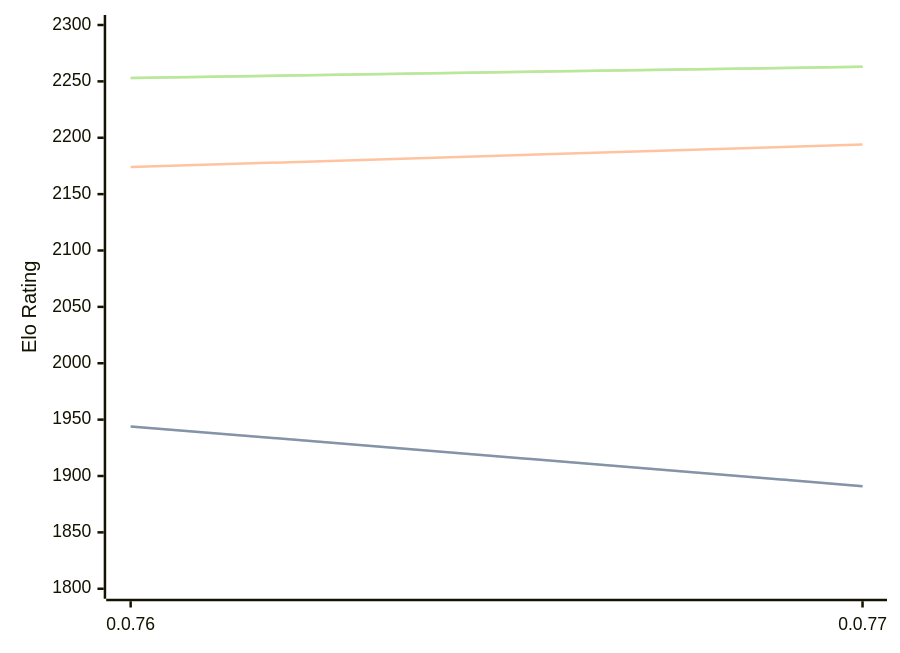
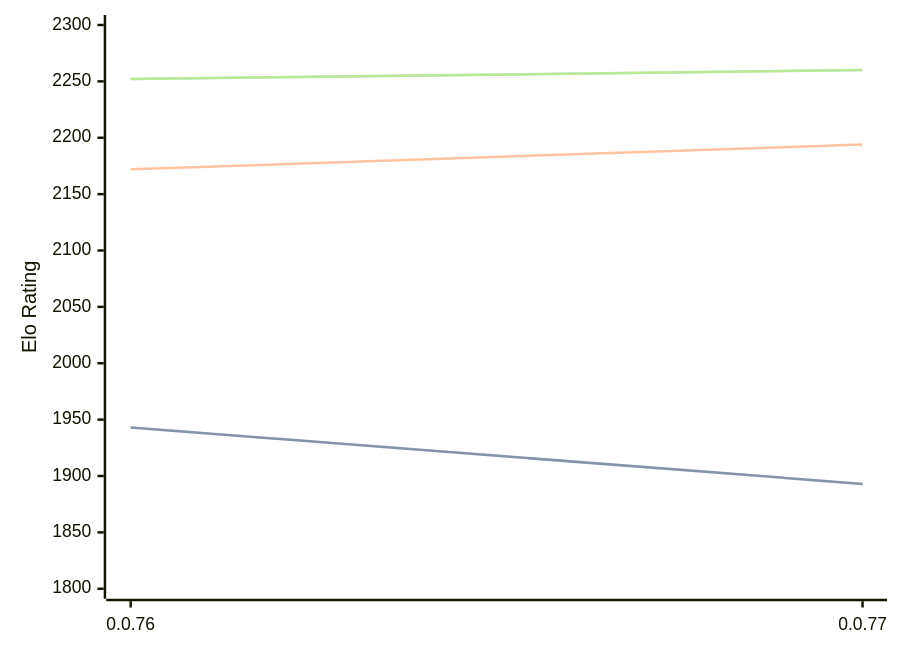
Before and after one commit to computer-chess-index/cci: the diagram in engines/Fktb.md, drawn with Mermaid. The commit also changed other lines of this file, not shown here.

Commit message:
Update CCI Ratings (ELO VLTC) - 2026-04-24

````diff
--- a/engines/Fktb.md
+++ b/engines/Fktb.md
@@ -32,11 +32,11 @@
 ```mermaid
 %%{init: {"theme":"base","themeVariables":{"seriesColors:['#a3a3a3','#222221','#faa371']}}}%%
 xychart-beta
   x-axis ["0.0.76", "0.0.77"]
   y-axis "Elo Rating" 1800 --> 2300
-  line "STC (8.0+0.08s)" [1944, 1891]
-  line "STC (8.0+0.08s)" [1944, 1891]
-  line "LTC (60.0+0.60s)" [2174, 2194]
-  line "VLTC (2m24s+1.12s)" [2253, 2263]
-  line "VLTC (2m24s+1.12s)" [2253, 2263]
+  line "STC (8.0+0.08s)" [1943, 1893]
+  line "STC (8.0+0.08s)" [1943, 1893]
+  line "LTC (60.0+0.60s)" [2172, 2194]
+  line "VLTC (2m24s+1.12s)" [2252, 2260]
+  line "VLTC (2m24s+1.12s)" [2252, 2260]
 ```
````
